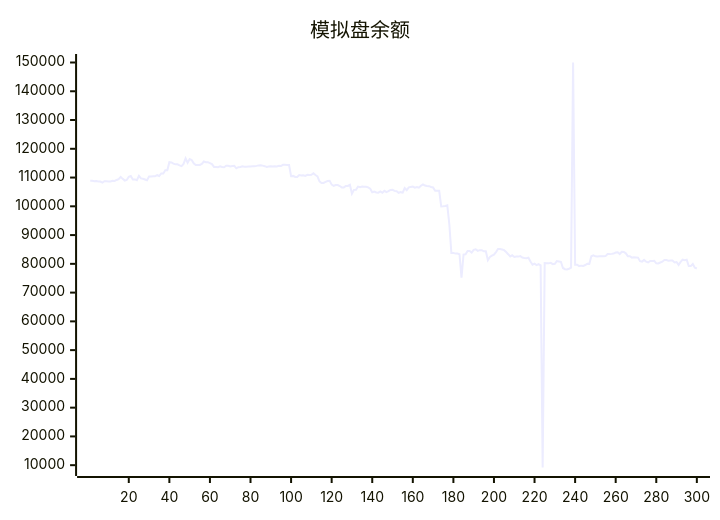
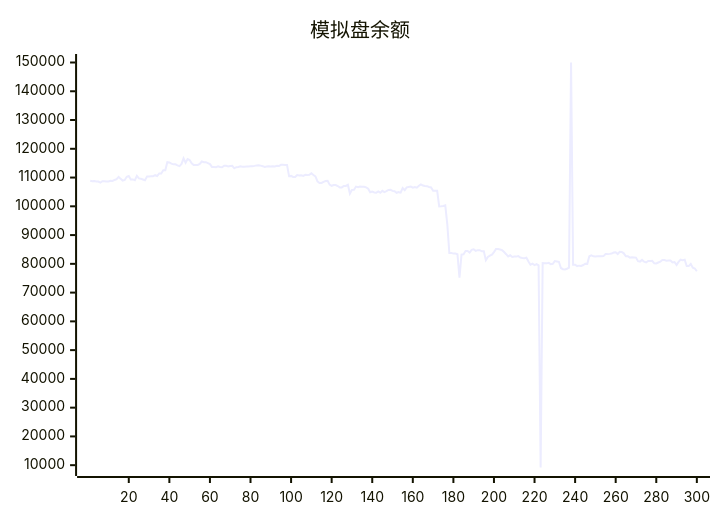
Before and after one commit to aahl/ai-trading: the diagram in README.md, drawn with Mermaid. The commit also changed other lines of this file and 1 other file, not shown here.

````diff
--- a/README.md
+++ b/README.md
@@ -5,5 +5,5 @@
 ```mermaid
 xychart
     title "模拟盘余额"
-    line [108864,108897,108718,108760,108648,108602,108262,108718,108752,108644,108644,108863,108823,109162,109419,110224,109539,108945,109172,110262,110546,109304,109343,109053,110606,109702,109584,109337,109071,110342,110342,110488,110488,110814,110531,111421,111421,112518,112522,115341,115266,114830,114584,114588,114231,113973,114726,116697,115160,116423,116083,114950,114365,114365,114388,114730,115582,115358,115358,115032,114686,113688,113688,113610,113930,113672,113585,114083,114074,113840,113996,114051,113208,113593,113701,113901,113794,113784,113810,113848,113927,113929,114064,114232,114293,114144,113960,113698,113853,113942,113812,113908,113877,114091,113998,114427,114422,114384,114384,110477,110576,110198,110198,110890,110712,110812,110569,110929,110847,110968,111478,110870,110433,108661,108116,108115,108485,108797,108877,107536,107134,107393,107393,107046,106565,106565,107081,107081,107478,104404,105715,105749,106866,106651,106889,106771,106816,106565,106141,104876,105103,104796,104734,105169,104690,105380,104941,105272,105709,105739,105374,105227,104691,104924,104762,106364,105628,106608,106748,106872,106485,106721,106468,107132,107620,107224,107080,107001,106717,106567,105431,105431,105440,99950,100017,100113,100337,93749,83795,83807,83567,83567,83342,75168,83222,83336,84448,84449,83896,84839,85065,84499,84757,84757,84364,84347,81254,82385,82835,83184,84099,85150,85150,85002,84751,84096,83356,82582,82983,82404,82572,82512,82688,82200,82047,81920,82125,80840,79688,80060,79552,79920,79470,9193,80236,80208,80170,80336,79894,80006,80954,80837,80712,78561,78139,78037,78293,78682,150000,79720,79720,79214,79372,79279,79591,80046,79993,82625,82950,82626,82571,82633,82670,82670,82681,83386,83378,83464,83579,83920,84037,83402,84160,84142,83652,82655,82655,82145,82315,82243,82163,80934,80770,81371,80742,80468,80989,80989,81067,80191,80155,80450,80737,81309,81309,81106,81119,81119,80471,80631,79624,80670,81448,81290,81429,79212,79222,79940,78643,78380]
+    line [108897,108718,108760,108648,108602,108262,108718,108752,108644,108644,108863,108823,109162,109419,110224,109539,108945,109172,110262,110546,109304,109343,109053,110606,109702,109584,109337,109071,110342,110342,110488,110488,110814,110531,111421,111421,112518,112522,115341,115266,114830,114584,114588,114231,113973,114726,116697,115160,116423,116083,114950,114365,114365,114388,114730,115582,115358,115358,115032,114686,113688,113688,113610,113930,113672,113585,114083,114074,113840,113996,114051,113208,113593,113701,113901,113794,113784,113810,113848,113927,113929,114064,114232,114293,114144,113960,113698,113853,113942,113812,113908,113877,114091,113998,114427,114422,114384,114384,110477,110576,110198,110198,110890,110712,110812,110569,110929,110847,110968,111478,110870,110433,108661,108116,108115,108485,108797,108877,107536,107134,107393,107393,107046,106565,106565,107081,107081,107478,104404,105715,105749,106866,106651,106889,106771,106816,106565,106141,104876,105103,104796,104734,105169,104690,105380,104941,105272,105709,105739,105374,105227,104691,104924,104762,106364,105628,106608,106748,106872,106485,106721,106468,107132,107620,107224,107080,107001,106717,106567,105431,105431,105440,99950,100017,100113,100337,93749,83795,83807,83567,83567,83342,75168,83222,83336,84448,84449,83896,84839,85065,84499,84757,84757,84364,84347,81254,82385,82835,83184,84099,85150,85150,85002,84751,84096,83356,82582,82983,82404,82572,82512,82688,82200,82047,81920,82125,80840,79688,80060,79552,79920,79470,9193,80236,80208,80170,80336,79894,80006,80954,80837,80712,78561,78139,78037,78293,78682,150000,79720,79720,79214,79372,79279,79591,80046,79993,82625,82950,82626,82571,82633,82670,82670,82681,83386,83378,83464,83579,83920,84037,83402,84160,84142,83652,82655,82655,82145,82315,82243,82163,80934,80770,81371,80742,80468,80989,80989,81067,80191,80155,80450,80737,81309,81309,81106,81119,81119,80471,80631,79624,80670,81448,81290,81429,79212,79222,79940,78643,78380,77432]
 ```
````
